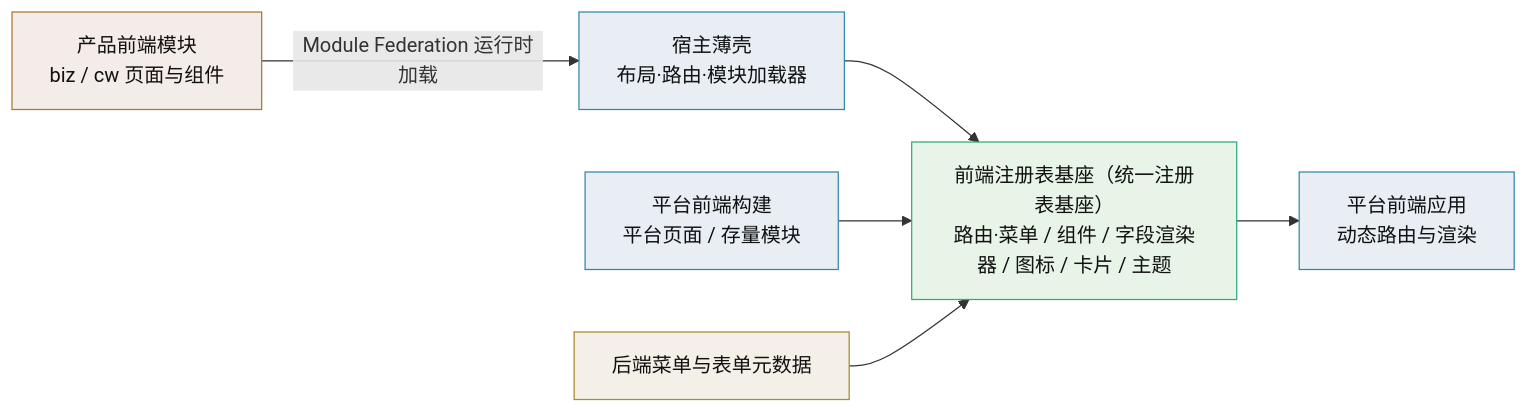
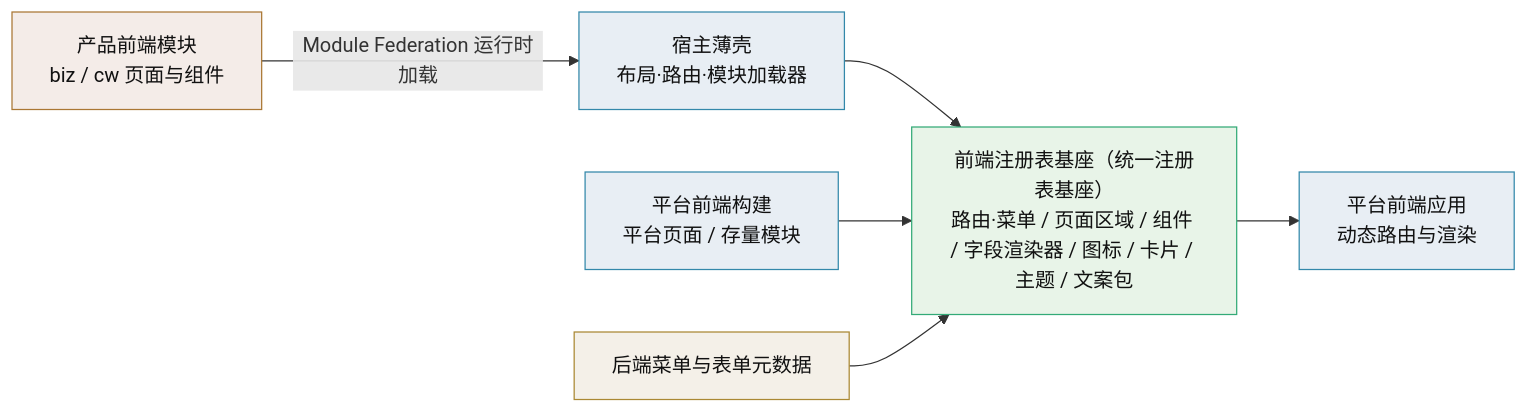
One commit to minjian123/basic-management-system changed the fifth of 5 diagrams in bms文档/设计/架构设计/10_架构设计_子系统_扩展点与插件化.md. Above: the diagram before and after it, drawn with Mermaid. The commit also changed other lines of this file and 9 other files, not shown here.

````diff
--- a/bms文档/设计/架构设计/10_架构设计_子系统_扩展点与插件化.md
+++ b/bms文档/设计/架构设计/10_架构设计_子系统_扩展点与插件化.md
@@ -216,13 +216,13 @@
 ```mermaid
 flowchart LR
     MOD["产品前端模块<br/>biz / cw 页面与组件"]:::m -->|"Module Federation 运行时加载"| SHELL["宿主薄壳<br/>布局·路由·模块加载器"]:::b
-    SHELL --> REG["前端注册表基座（统一注册表基座）<br/>路由·菜单 / 组件 / 字段渲染器 / 图标 / 卡片 / 主题"]:::r
+    SHELL --> REG["前端注册表基座（统一注册表基座）<br/>路由·菜单 / 页面区域 / 组件 / 字段渲染器 / 图标 / 卡片 / 主题 / 文案包"]:::r
     BUILD["平台前端构建<br/>平台页面 / 存量模块"]:::b --> REG
     MENU["后端菜单与表单元数据"]:::s --> REG
     REG --> APP["平台前端应用<br/>动态路由与渲染"]:::a
     classDef m fill:#f4ece8,stroke:#a73,color:#111
     classDef b fill:#e8eef4,stroke:#38a,color:#111
     classDef r fill:#e8f4e8,stroke:#3a7,color:#111
     classDef s fill:#f4f0e8,stroke:#a83,color:#111
     classDef a fill:#e8eef4,stroke:#38a,color:#111
 ```
````
